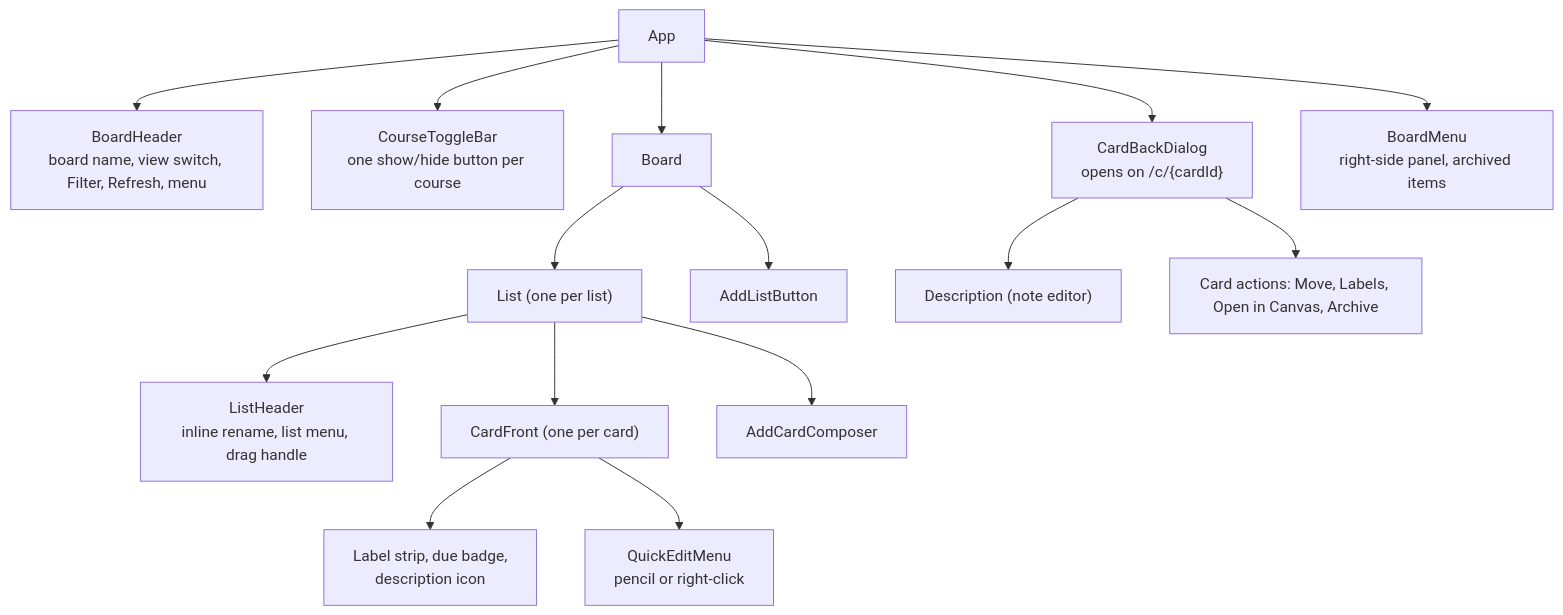
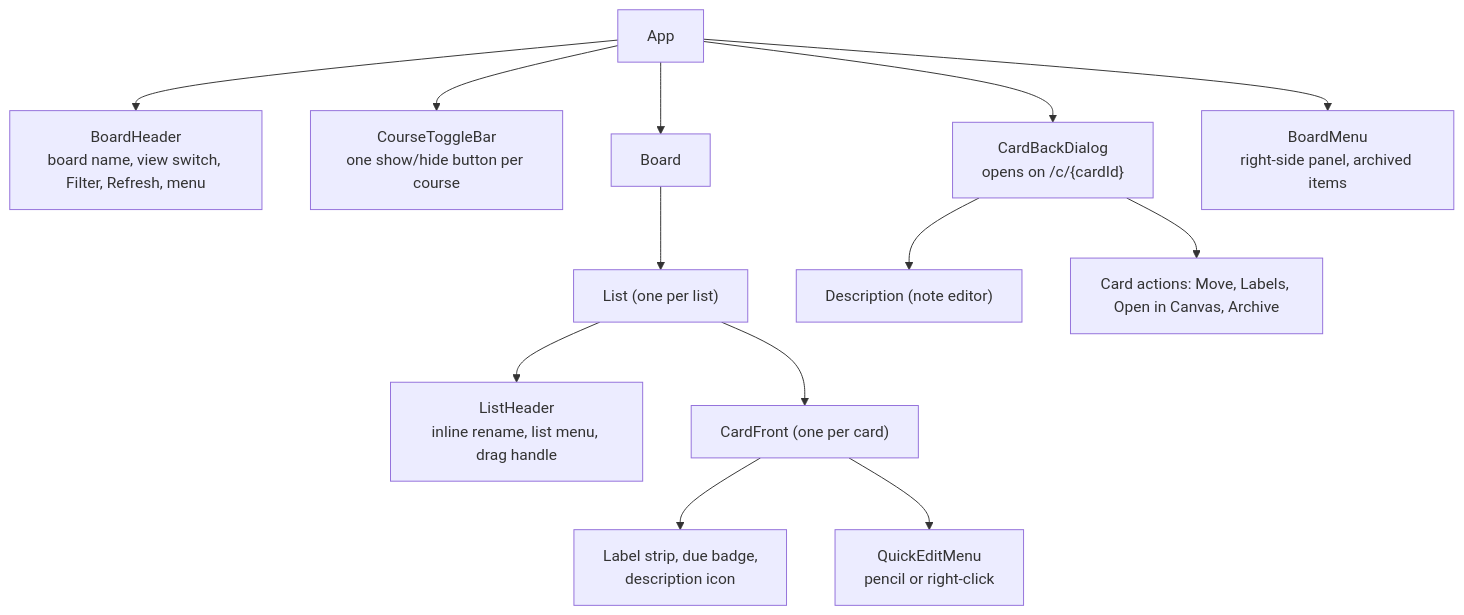
Before and after one commit to bbranton/TestProj: the sixth of 6 diagrams in docs/canvas-portal/03-design.md, drawn with Mermaid. The commit also changed other lines of this file and 4 other files, not shown here.

````diff
--- a/docs/canvas-portal/03-design.md
+++ b/docs/canvas-portal/03-design.md
@@ -392,17 +392,15 @@
 ```mermaid
 flowchart TD
     App --> Header["BoardHeader<br/>board name, view switch, Filter, Refresh, menu"]
     App --> Toggles["CourseToggleBar<br/>one show/hide button per course"]
     App --> Board
     App --> CardBack["CardBackDialog<br/>opens on /c/{cardId}"]
     App --> BoardMenu["BoardMenu<br/>right-side panel, archived items"]
     Board --> List["List (one per list)"]
-    Board --> AddList["AddListButton"]
     List --> ListHeader["ListHeader<br/>inline rename, list menu, drag handle"]
     List --> Card["CardFront (one per card)"]
-    List --> AddCard["AddCardComposer"]
     Card --> Badges["Label strip, due badge,<br/>description icon"]
     Card --> QuickEdit["QuickEditMenu<br/>pencil or right-click"]
     CardBack --> Desc["Description (note editor)"]
     CardBack --> Sidebar["Card actions: Move, Labels, Open in Canvas, Archive"]
 ```
````
